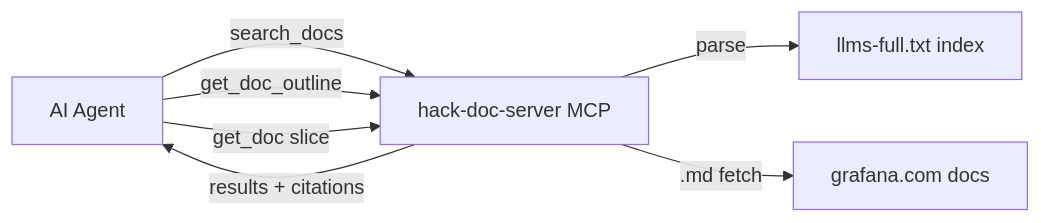
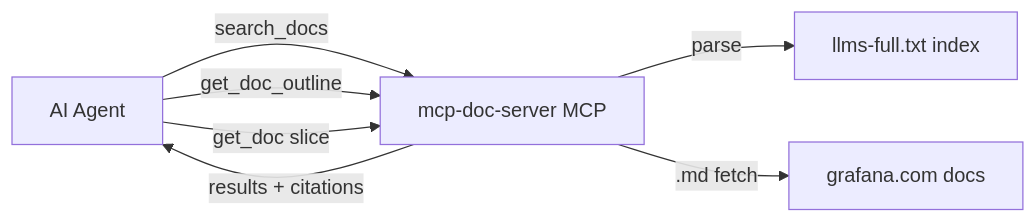
The diagram in research/docs-mcp-server-use-cases.md (grafana/mcp-doc-server), drawn with Mermaid before and after one commit. The commit also changed other lines of this file and 37 other files, not shown here.

First line of the commit message:
rename: hack-doc-server → mcp-doc-server

````diff
--- a/research/docs-mcp-server-use-cases.md
+++ b/research/docs-mcp-server-use-cases.md
@@ -48,9 +48,9 @@
 ```mermaid
 flowchart LR
-    Agent[AI Agent] -->|search_docs| Server[hack-doc-server MCP]
+    Agent[AI Agent] -->|search_docs| Server[mcp-doc-server MCP]
     Agent -->|get_doc_outline| Server
     Agent -->|get_doc slice| Server
     Server -->|parse| Index["llms-full.txt index"]
     Server -->|".md fetch"| Docs["grafana.com docs"]
     Server -->|"results + citations"| Agent
 ```
````
